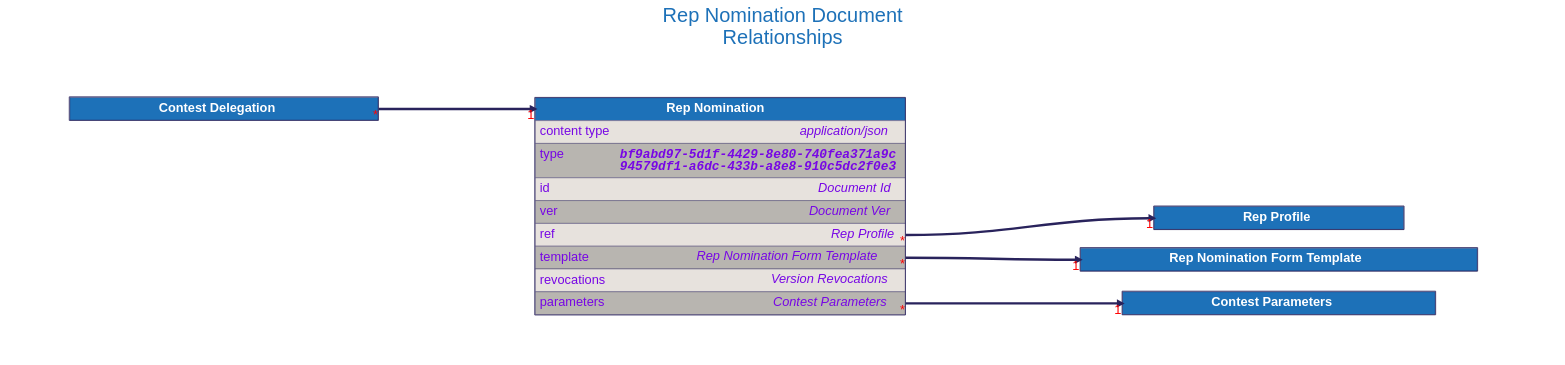
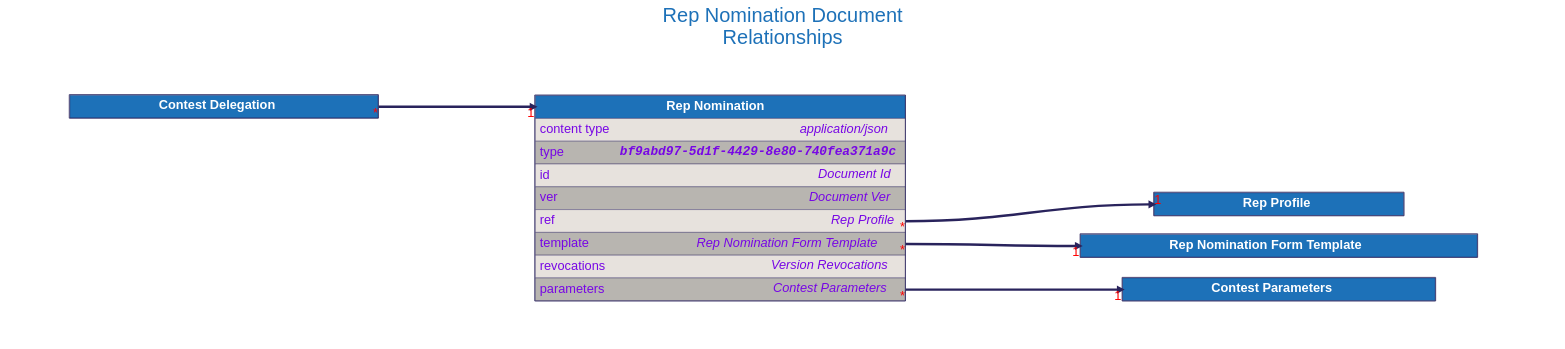
One commit to input-output-hk/catalyst-libs changed the diagram in docs/src/architecture/08_concepts/signed_doc/diagrams/rep_nomination.dot. Above: the diagram before and after it, drawn with Graphviz. The commit also changed 57 other files, not shown here.

```diff
--- a/docs/src/architecture/08_concepts/signed_doc/diagrams/rep_nomination.dot
+++ b/docs/src/architecture/08_concepts/signed_doc/diagrams/rep_nomination.dot
@@ -1,175 +1,175 @@
 digraph "Rep Nomination" {
     rankdir="LR"
     graph [fontname="helvetica", fontsize="32", fontcolor="#29235c", bgcolor="white"];
     node [penwidth="0", margin="0", fontname="helvetica", fontsize="32", fontcolor="#29235c"];
     edge [fontname="helvetica", fontsize="32", fontcolor="red", color="#29235c"];
 
     labelloc="t"
     label="Rep Nomination Document
 Relationships"
     fontcolor="#1d71b8"
     fontsize=50
     compound=true
 
 
 
     "Rep Profile" [
         id="Rep Profile";
         label=<
             <TABLE BORDER="2" COLOR="#29235c" CELLBORDER="1" CELLSPACING="0" CELLPADDING="10">
             <TR>
                 <TD PORT="title" BGCOLOR="#1d71b8" HREF="../rep_profile/">
                     <FONT COLOR="#ffffff"><B> Rep Profile </B></FONT>
                 </TD>
             </TR>
 
             </TABLE>
         >
     ];
 
 
     "Rep Nomination Form Template" [
         id="Rep Nomination Form Template";
         label=<
             <TABLE BORDER="2" COLOR="#29235c" CELLBORDER="1" CELLSPACING="0" CELLPADDING="10">
             <TR>
                 <TD PORT="title" BGCOLOR="#1d71b8" HREF="../rep_nomination_form_template/">
                     <FONT COLOR="#ffffff"><B> Rep Nomination Form Template </B></FONT>
                 </TD>
             </TR>
 
             </TABLE>
         >
     ];
 
 
     "Contest Parameters" [
         id="Contest Parameters";
         label=<
             <TABLE BORDER="2" COLOR="#29235c" CELLBORDER="1" CELLSPACING="0" CELLPADDING="10">
             <TR>
                 <TD PORT="title" BGCOLOR="#1d71b8" HREF="../contest_parameters/">
                     <FONT COLOR="#ffffff"><B> Contest Parameters </B></FONT>
                 </TD>
             </TR>
 
             </TABLE>
         >
     ];
 
 
     "Rep Nomination" [
         id="Rep Nomination";
         label=<
             <TABLE BORDER="2" COLOR="#29235c" CELLBORDER="1" CELLSPACING="0" CELLPADDING="10">
             <TR>
                 <TD PORT="title" BGCOLOR="#1d71b8" HREF="../rep_nomination/">
                     <FONT COLOR="#ffffff"><B> Rep Nomination </B></FONT>
                 </TD>
             </TR>
             <TR>
                 <TD ALIGN="LEFT" PORT="content type" BGCOLOR="#e7e2dd">
                     <TABLE CELLPADDING="0" CELLSPACING="0" BORDER="0">
                         <TR>
                             <TD ALIGN="LEFT" VALIGN="TOP" WIDTH="200"><FONT COLOR="#7706E5">content type</FONT></TD>
                             <TD ALIGN="RIGHT"><FONT COLOR="#7706E5"><I>application/json</I></FONT></TD>
                         </TR>
                     </TABLE>
                 </TD>
             </TR>
             <TR>
                 <TD ALIGN="LEFT" PORT="type" BGCOLOR="#b8b5b0">
                     <TABLE CELLPADDING="0" CELLSPACING="0" BORDER="0">
                         <TR>
                             <TD ALIGN="LEFT" VALIGN="TOP" WIDTH="200"><FONT COLOR="#7706E5">type</FONT></TD>
-                            <TD ALIGN="RIGHT"><FONT FACE="Courier" COLOR="#7706E5"><B><I>bf9abd97-5d1f-4429-8e80-740fea371a9c<BR />94579df1-a6dc-433b-a8e8-910c5dc2f0e3</I></B></FONT></TD>
+                            <TD ALIGN="RIGHT"><FONT FACE="Courier" COLOR="#7706E5"><B><I>bf9abd97-5d1f-4429-8e80-740fea371a9c</I></B></FONT></TD>
                         </TR>
                     </TABLE>
                 </TD>
             </TR>
             <TR>
                 <TD ALIGN="LEFT" PORT="id" BGCOLOR="#e7e2dd">
                     <TABLE CELLPADDING="0" CELLSPACING="0" BORDER="0">
                         <TR>
                             <TD ALIGN="LEFT" VALIGN="TOP" WIDTH="200"><FONT COLOR="#7706E5">id</FONT></TD>
                             <TD ALIGN="RIGHT"><FONT COLOR="#7706E5"><I>Document Id</I></FONT></TD>
                         </TR>
                     </TABLE>
                 </TD>
             </TR>
             <TR>
                 <TD ALIGN="LEFT" PORT="ver" BGCOLOR="#b8b5b0">
                     <TABLE CELLPADDING="0" CELLSPACING="0" BORDER="0">
                         <TR>
                             <TD ALIGN="LEFT" VALIGN="TOP" WIDTH="200"><FONT COLOR="#7706E5">ver</FONT></TD>
                             <TD ALIGN="RIGHT"><FONT COLOR="#7706E5"><I>Document Ver</I></FONT></TD>
                         </TR>
                     </TABLE>
                 </TD>
             </TR>
             <TR>
                 <TD ALIGN="LEFT" PORT="ref" BGCOLOR="#e7e2dd">
                     <TABLE CELLPADDING="0" CELLSPACING="0" BORDER="0">
                         <TR>
                             <TD ALIGN="LEFT" VALIGN="TOP" WIDTH="200"><FONT COLOR="#7706E5">ref</FONT></TD>
                             <TD ALIGN="RIGHT"><FONT COLOR="#7706E5"><I>Rep Profile</I></FONT></TD>
                         </TR>
                     </TABLE>
                 </TD>
             </TR>
             <TR>
                 <TD ALIGN="LEFT" PORT="template" BGCOLOR="#b8b5b0">
                     <TABLE CELLPADDING="0" CELLSPACING="0" BORDER="0">
                         <TR>
                             <TD ALIGN="LEFT" VALIGN="TOP" WIDTH="200"><FONT COLOR="#7706E5">template</FONT></TD>
                             <TD ALIGN="RIGHT"><FONT COLOR="#7706E5"><I>Rep Nomination Form Template</I></FONT></TD>
                         </TR>
                     </TABLE>
                 </TD>
             </TR>
             <TR>
                 <TD ALIGN="LEFT" PORT="revocations" BGCOLOR="#e7e2dd">
                     <TABLE CELLPADDING="0" CELLSPACING="0" BORDER="0">
                         <TR>
                             <TD ALIGN="LEFT" VALIGN="TOP" WIDTH="200"><FONT COLOR="#7706E5">revocations</FONT></TD>
                             <TD ALIGN="RIGHT"><FONT COLOR="#7706E5"><I>Version Revocations</I></FONT></TD>
                         </TR>
                     </TABLE>
                 </TD>
             </TR>
             <TR>
                 <TD ALIGN="LEFT" PORT="parameters" BGCOLOR="#b8b5b0">
                     <TABLE CELLPADDING="0" CELLSPACING="0" BORDER="0">
                         <TR>
                             <TD ALIGN="LEFT" VALIGN="TOP" WIDTH="200"><FONT COLOR="#7706E5">parameters</FONT></TD>
                             <TD ALIGN="RIGHT"><FONT COLOR="#7706E5"><I>Contest Parameters</I></FONT></TD>
                         </TR>
                     </TABLE>
                 </TD>
             </TR>
 
             </TABLE>
         >
     ];
 
 
     "Contest Delegation" [
         id="Contest Delegation";
         label=<
             <TABLE BORDER="2" COLOR="#29235c" CELLBORDER="1" CELLSPACING="0" CELLPADDING="10">
             <TR>
                 <TD PORT="title" BGCOLOR="#1d71b8" HREF="../contest_delegation/">
                     <FONT COLOR="#ffffff"><B> Contest Delegation </B></FONT>
                 </TD>
             </TR>
 
             </TABLE>
         >
     ];
 
 
     "Rep Nomination":"ref":e -> "Rep Profile":"title":w [dir=forward, penwidth=6, color="#29235c", headlabel="1", taillabel="*"]
     "Rep Nomination":"template":e -> "Rep Nomination Form Template":"title":w [dir=forward, penwidth=6, color="#29235c", headlabel="1", taillabel="*"]
     "Rep Nomination":"parameters":e -> "Contest Parameters":"title":w [dir=forward, penwidth=6, color="#29235c", headlabel="1", taillabel="*"]
     "Contest Delegation":"title":e -> "Rep Nomination":"title":w [dir=forward, penwidth=6, color="#29235c", headlabel="1", taillabel="*"]
 }
```
